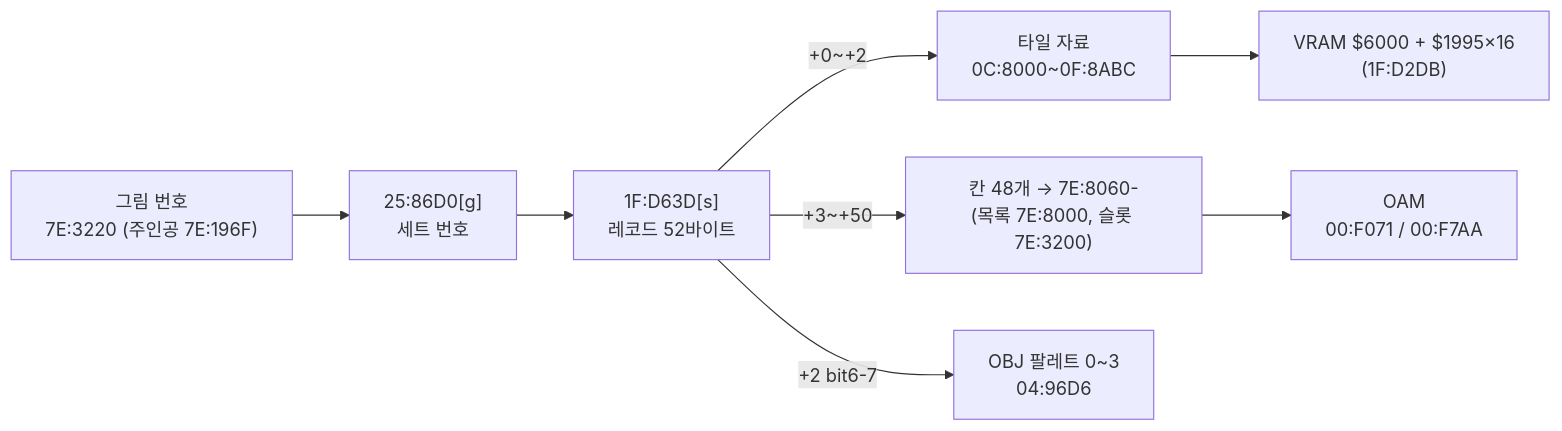
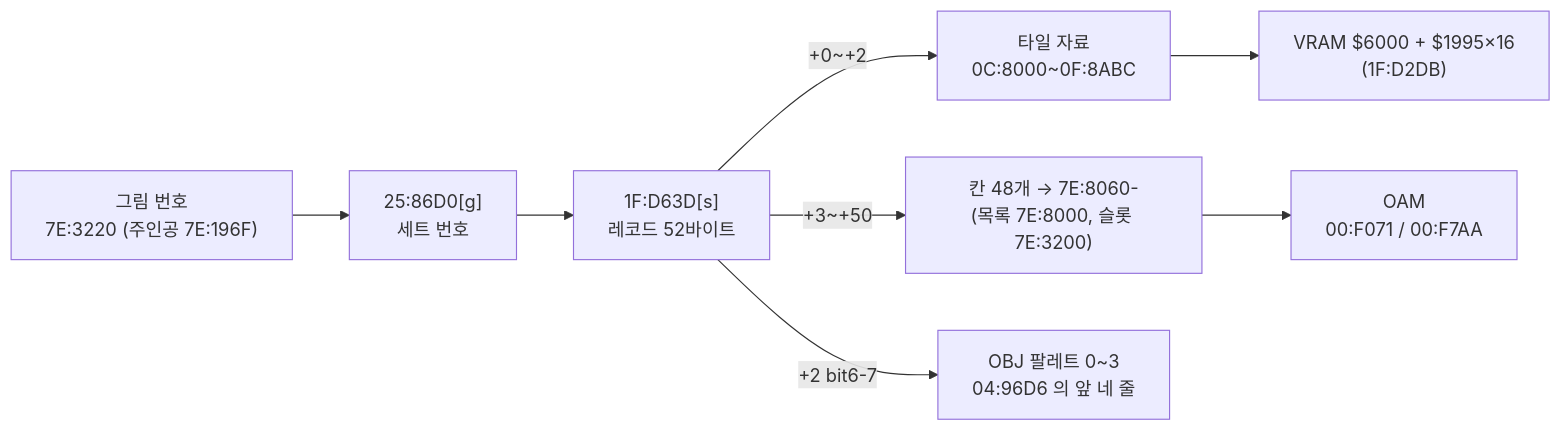
Before and after one commit to perfectacle/sfc-dq4: the second of 2 diagrams in sfc/dq5/docs/dq5-graphics-format.md, drawn with Mermaid. The commit also changed other lines of this file and 3 other files, not shown here.

First line of the commit message:
docs: 필드 OBJ 팔레트 표 04:96D6 은 256바이트, 롬만으로 연출 재현은 범위 결정으로 닫음

````diff
--- a/sfc/dq5/docs/dq5-graphics-format.md
+++ b/sfc/dq5/docs/dq5-graphics-format.md
@@ -1033,8 +1036,8 @@
 ```mermaid
 flowchart LR
   G["그림 번호<br/>7E:3220 (주인공 7E:196F)"] --> T["25:86D0[g]<br/>세트 번호"]
   T --> P["1F:D63D[s]<br/>레코드 52바이트"]
   P -->|+0~+2| D["타일 자료<br/>0C:8000~0F:8ABC"] --> V["VRAM $6000 + $1995×16<br/>(1F:D2DB)"]
   P -->|+3~+50| C["칸 48개 → 7E:8060-<br/>(목록 7E:8000, 슬롯 7E:3200)"] --> O["OAM<br/>00:F071 / 00:F7AA"]
-  P -->|+2 bit6-7| PL["OBJ 팔레트 0~3<br/>04:96D6"]
+  P -->|+2 bit6-7| PL["OBJ 팔레트 0~3<br/>04:96D6 의 앞 네 줄"]
 ```
````
